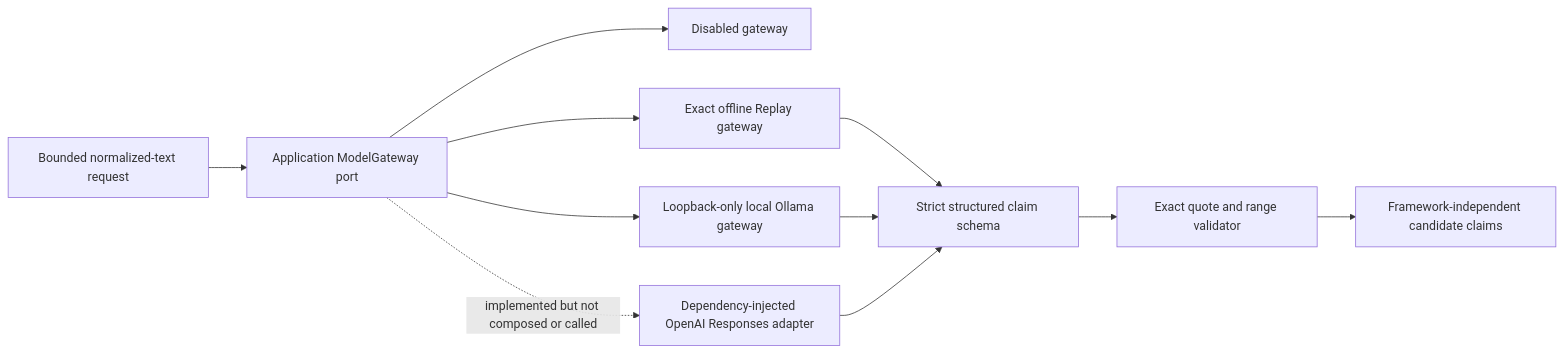
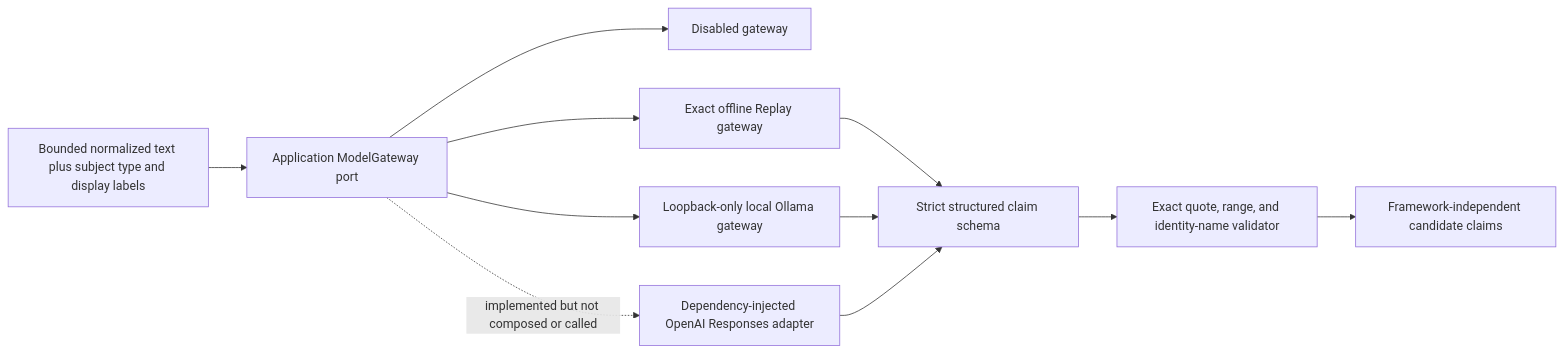
Diagram 13 of 27 in docs/architecture/system-architecture.md (Wenqi77Zhang/GameCrafter-Agent), drawn with Mermaid before and after one commit. The commit also changed other lines of this file and 30 other files, not shown here.

````diff
--- a/docs/architecture/system-architecture.md
+++ b/docs/architecture/system-architecture.md
@@ -440,19 +440,19 @@
 ```mermaid
 flowchart LR
-    REQUEST["Bounded normalized-text request"]
+    REQUEST["Bounded normalized text plus subject type and display labels"]
     PORT["Application ModelGateway port"]
     DISABLED["Disabled gateway"]
     REPLAY["Exact offline Replay gateway"]
     OLLAMA["Loopback-only local Ollama gateway"]
     OPENAI["Dependency-injected OpenAI Responses adapter"]
     SCHEMA["Strict structured claim schema"]
-    EVIDENCE["Exact quote and range validator"]
+    EVIDENCE["Exact quote, range, and identity-name validator"]
     CANDIDATE["Framework-independent candidate claims"]
 
     REQUEST --> PORT
     PORT --> DISABLED
     PORT --> REPLAY --> SCHEMA
     PORT --> OLLAMA --> SCHEMA
     PORT -. "implemented but not composed or called" .-> OPENAI --> SCHEMA
     SCHEMA --> EVIDENCE --> CANDIDATE
 ```
````
